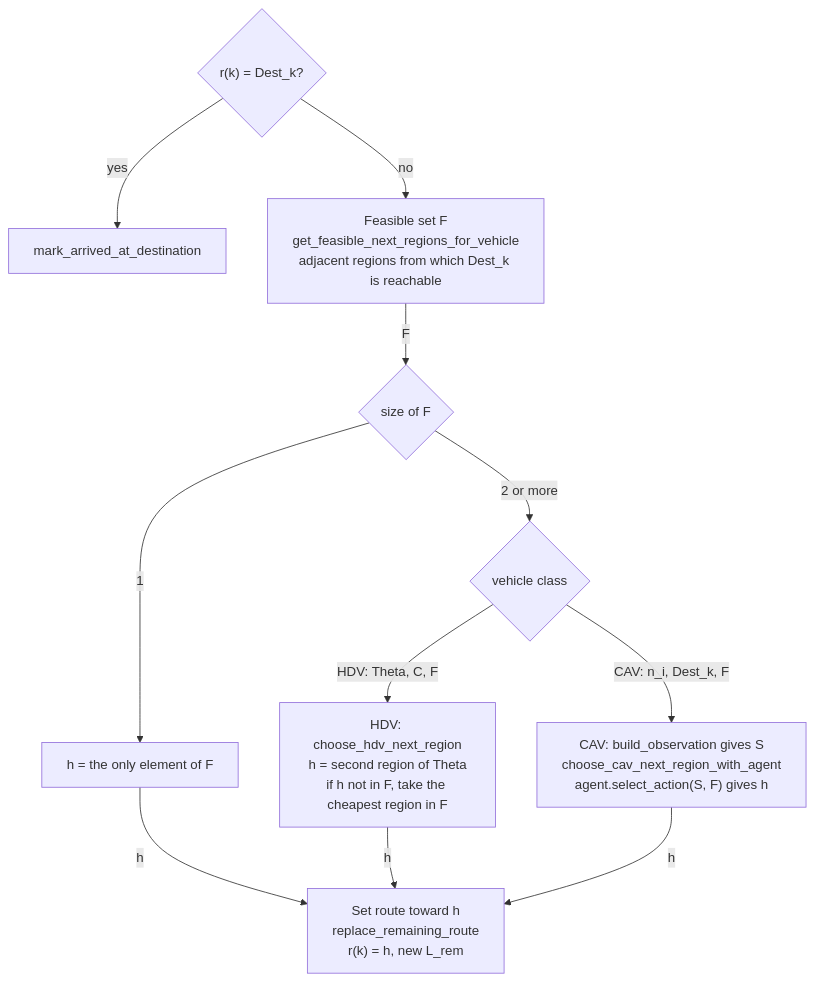
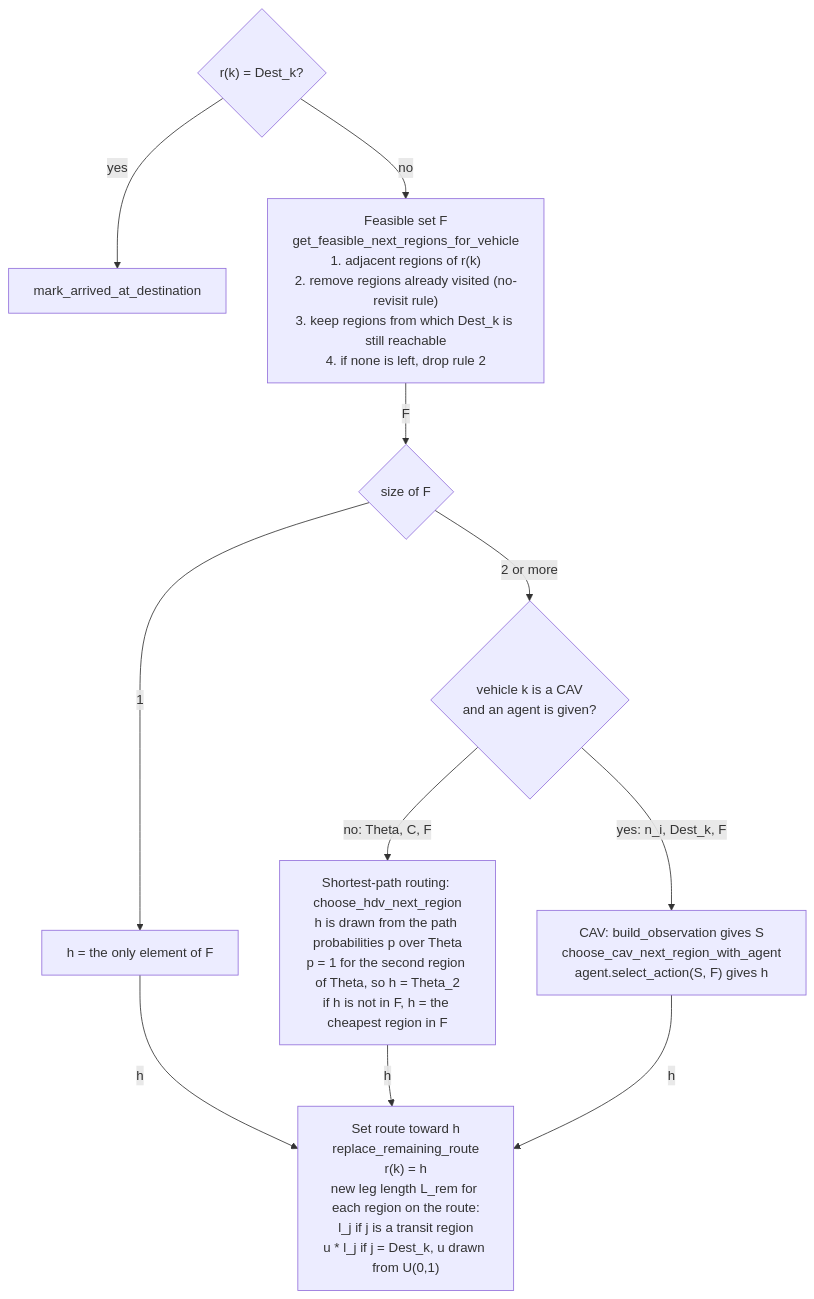
Before and after one commit to sathyakumarnandakumar-cmyk/RG_MFD_Pub: the third of 3 diagrams in docs/SIMULATION_FLOWCHART.md, drawn with Mermaid. The commit also changed other lines of this file and 1 other file, not shown here.

Commit message:
Update flowcharts: feasible set, run modes, leg lengths

````diff
--- a/docs/SIMULATION_FLOWCHART.md
+++ b/docs/SIMULATION_FLOWCHART.md
@@ -65,23 +69,23 @@
 ```mermaid
 flowchart TD
     A{"r(k) = Dest_k?"}
     B["mark_arrived_at_destination"]
-    C["Feasible set F<br/>get_feasible_next_regions_for_vehicle<br/>adjacent regions from which Dest_k is reachable"]
+    C["Feasible set F<br/>get_feasible_next_regions_for_vehicle<br/>1. adjacent regions of r(k)<br/>2. remove regions already visited (no-revisit rule)<br/>3. keep regions from which Dest_k is still reachable<br/>4. if none is left, drop rule 2"]
     D{"size of F"}
     E["h = the only element of F"]
-    F{"vehicle class"}
-    G["HDV: choose_hdv_next_region<br/>h = second region of Theta<br/>if h not in F, take the cheapest region in F"]
+    F{"vehicle k is a CAV<br/>and an agent is given?"}
+    G["Shortest-path routing: choose_hdv_next_region<br/>h is drawn from the path probabilities p over Theta<br/>p = 1 for the second region of Theta, so h = Theta_2<br/>if h is not in F, h = the cheapest region in F"]
     H["CAV: build_observation gives S<br/>choose_cav_next_region_with_agent<br/>agent.select_action(S, F) gives h"]
-    I["Set route toward h<br/>replace_remaining_route<br/>r(k) = h, new L_rem"]
+    I["Set route toward h<br/>replace_remaining_route<br/>r(k) = h<br/>new leg length L_rem for each region on the route:<br/>l_j if j is a transit region<br/>u * l_j if j = Dest_k, u drawn from U(0,1)"]
 
     A -->|"yes"| B
     A -->|"no"| C
     C -->|"F"| D
     D -->|"1"| E
     D -->|"2 or more"| F
-    F -->|"HDV: Theta, C, F"| G
-    F -->|"CAV: n_i, Dest_k, F"| H
+    F -->|"no: Theta, C, F"| G
+    F -->|"yes: n_i, Dest_k, F"| H
     E -->|"h"| I
     G -->|"h"| I
     H -->|"h"| I
 ```
````
